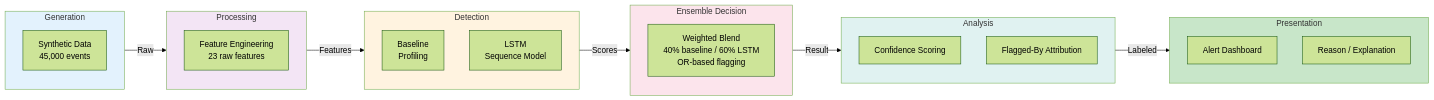
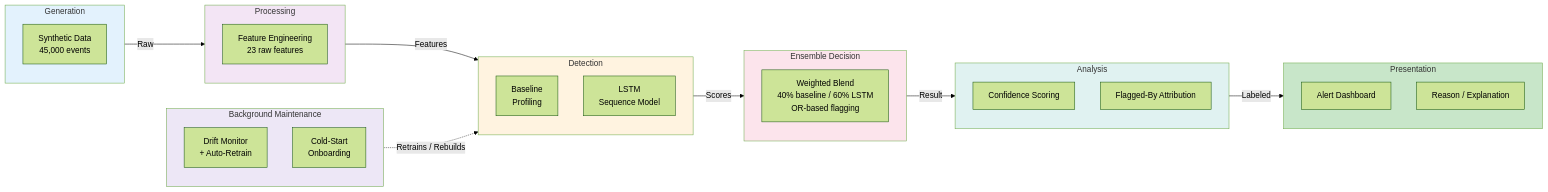
Before and after one commit to rupeshdharavath/Anomaly-Detection-cyber: the second of 5 diagrams in ARCHITECTURE.md, drawn with Mermaid (forest theme). The commit also changed other lines of this file and 11 other files, not shown here.

````diff
--- a/ARCHITECTURE.md
+++ b/ARCHITECTURE.md
@@ -47,37 +59,43 @@
 ```mermaid
 graph LR
     subgraph Generation["Generation"]
         SynData["Synthetic Data<br/>45,000 events"]
     end
     subgraph Processing["Processing"]
         FeatEng["Feature Engineering<br/>23 raw features"]
     end
     subgraph Detection["Detection"]
         BP["Baseline<br/>Profiling"]
         LSTM["LSTM<br/>Sequence Model"]
     end
     subgraph Ensemble["Ensemble Decision"]
         Voting["Weighted Blend<br/>40% baseline / 60% LSTM<br/>OR-based flagging"]
     end
     subgraph Analysis["Analysis"]
         Confidence["Confidence Scoring"]
         Attribution["Flagged-By Attribution"]
     end
     subgraph Presentation["Presentation"]
         Dashboard["Alert Dashboard"]
         Explain["Reason / Explanation"]
     end
+    subgraph Maintenance["Background Maintenance"]
+        DriftM["Drift Monitor<br/>+ Auto-Retrain"]
+        ColdS["Cold-Start<br/>Onboarding"]
+    end
 
     Generation -->|Raw| Processing
     Processing -->|Features| Detection
     Detection -->|Scores| Ensemble
     Ensemble -->|Result| Analysis
     Analysis -->|Labeled| Presentation
+    Maintenance -.->|Retrains / Rebuilds| Detection
 
     style Generation fill:#e3f2fd
     style Processing fill:#f3e5f5
     style Detection fill:#fff3e0
     style Ensemble fill:#fce4ec
     style Analysis fill:#e0f2f1
     style Presentation fill:#c8e6c9
+    style Maintenance fill:#ede7f6
 ```
````
